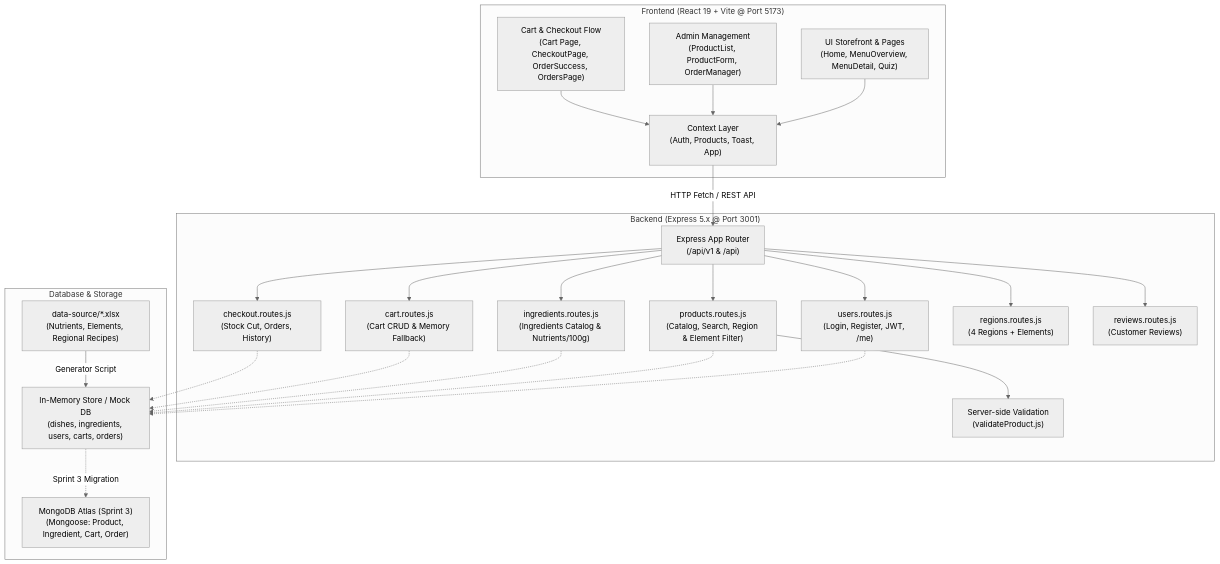
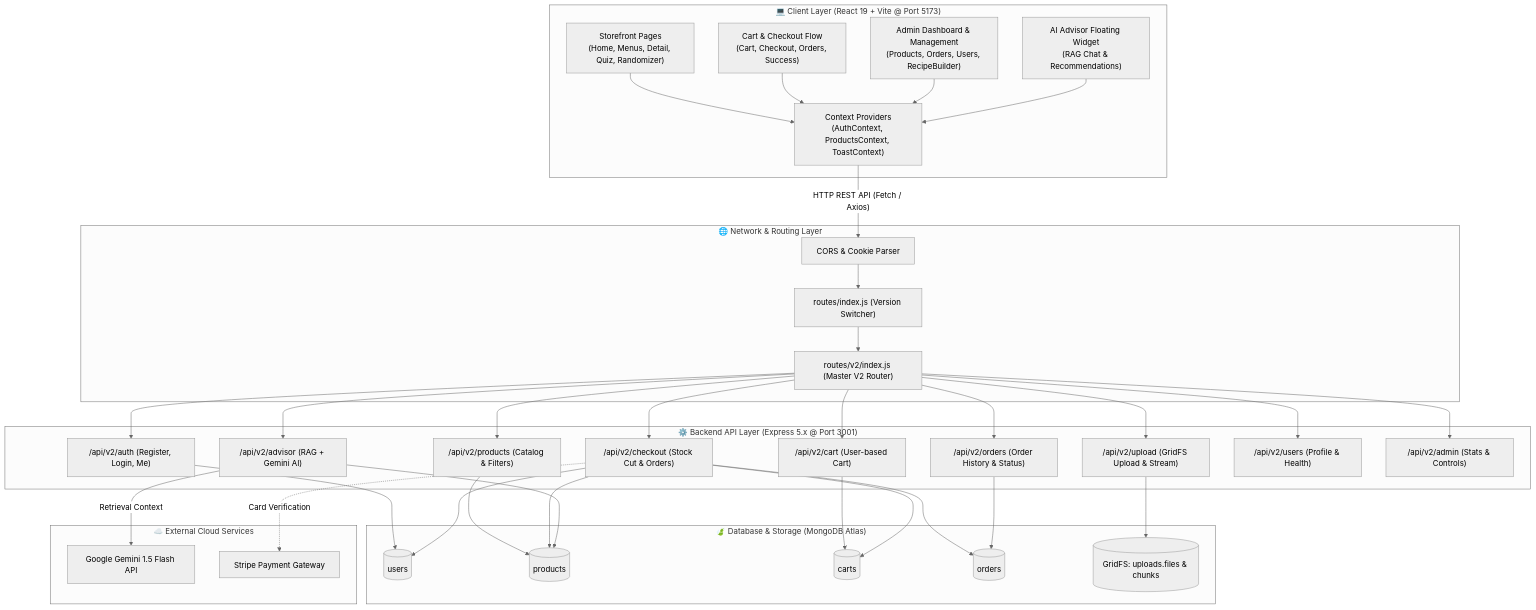
Before and after one commit to DeltaZhou1997/JSD13-That-tae-project: the diagram in README.md, drawn with Mermaid (neutral theme). The commit also changed other lines of this file and 34 other files, not shown here.

````diff
--- a/README.md
+++ b/README.md
@@ -35,50 +67,62 @@
 ```mermaid
 flowchart TB
-    subgraph Client ["Frontend (React 19 + Vite @ Port 5173)"]
-        UI["UI Storefront & Pages\n(Home, MenuOverview, MenuDetail, Quiz)"]
-        Admin["Admin Management\n(ProductList, ProductForm, OrderManager)"]
-        CartCheckout["Cart & Checkout Flow\n(Cart Page, CheckoutPage, OrderSuccess, OrdersPage)"]
-        AuthContext["Context Layer\n(Auth, Products, Toast, App)"]
+    subgraph ClientLayer ["💻 Client Layer (React 19 + Vite @ Port 5173)"]
+        UI["Storefront Pages\n(Home, Menus, Detail, Quiz, Randomizer)"]
+        CartCheckout["Cart & Checkout Flow\n(Cart, Checkout, Orders, Success)"]
+        AdminUI["Admin Dashboard & Management\n(Products, Orders, Users, RecipeBuilder)"]
+        AIWidget["AI Advisor Floating Widget\n(RAG Chat & Recommendations)"]
+        ClientContext["Context Providers\n(AuthContext, ProductsContext, ToastContext)"]
     end
 
-    subgraph Server ["Backend (Express 5.x @ Port 3001)"]
-        API["Express App Router\n(/api/v1 & /api)"]
-        UsersRoute["users.routes.js\n(Login, Register, JWT, /me)"]
-        ProductsRoute["products.routes.js\n(Catalog, Search, Region & Element Filter)"]
-        IngredientsRoute["ingredients.routes.js\n(Ingredients Catalog & Nutrients/100g)"]
-        CartRoute["cart.routes.js\n(Cart CRUD & Memory Fallback)"]
-        CheckoutRoute["checkout.routes.js\n(Stock Cut, Orders, History)"]
-        RegionsRoute["regions.routes.js\n(4 Regions + Elements)"]
-        ReviewsRoute["reviews.routes.js\n(Customer Reviews)"]
-        Validation["Server-side Validation\n(validateProduct.js)"]
+    subgraph NetworkLayer ["🌐 Network & Routing Layer"]
+        CORS["CORS & Cookie Parser"]
+        MainRouter["routes/index.js (Version Switcher)"]
+        V2Router["routes/v2/index.js (Master V2 Router)"]
     end
 
-    subgraph DataStore ["Database & Storage"]
-        MockStore["In-Memory Store / Mock DB\n(dishes, ingredients, users, carts, orders)"]
-        ExcelData["data-source/*.xlsx\n(Nutrients, Elements, Regional Recipes)"]
-        MongoDB["MongoDB Atlas (Sprint 3)\n(Mongoose: Product, Ingredient, Cart, Order)"]
+    subgraph ServerLayer ["⚙️ Backend API Layer (Express 5.x @ Port 3001)"]
+        AuthRoute["/api/v2/auth (Register, Login, Me)"]
+        ProductRoute["/api/v2/products (Catalog & Filters)"]
+        CartRoute["/api/v2/cart (User-based Cart)"]
+        CheckoutRoute["/api/v2/checkout (Stock Cut & Orders)"]
+        OrderRoute["/api/v2/orders (Order History & Status)"]
+        UploadRoute["/api/v2/upload (GridFS Upload & Stream)"]
+        AdvisorRoute["/api/v2/advisor (RAG + Gemini AI)"]
+        UserRoute["/api/v2/users (Profile & Health)"]
+        AdminRoute["/api/v2/admin (Stats & Controls)"]
     end
 
-    UI --> AuthContext
-    Admin --> AuthContext
-    CartCheckout --> AuthContext
+    subgraph DatabaseLayer ["🍃 Database & Storage (MongoDB Atlas)"]
+        MongoUsers[("users")]
+        MongoProducts[("products")]
+        MongoCarts[("carts")]
+        MongoOrders[("orders")]
+        MongoGridFS[("GridFS: uploads.files & chunks")]
+    end
 
-    AuthContext -->|"HTTP Fetch / REST API"| API
-    API --> UsersRoute
-    API --> ProductsRoute
-    API --> IngredientsRoute
-    API --> CartRoute
-    API --> CheckoutRoute
-    API --> RegionsRoute
-    API --> ReviewsRoute
-    ProductsRoute --> Validation
+    subgraph ExternalServices ["☁️ External Cloud Services"]
+        GeminiAPI["Google Gemini 1.5 Flash API"]
+        StripeAPI["Stripe Payment Gateway"]
+    end
 
-    ExcelData -->|"Generator Script"| MockStore
-    UsersRoute -.-> MockStore
-    ProductsRoute -.-> MockStore
-    IngredientsRoute -.-> MockStore
-    CartRoute -.-> MockStore
-    CheckoutRoute -.-> MockStore
+    UI --> ClientContext
+    CartCheckout --> ClientContext
+    AdminUI --> ClientContext
+    AIWidget --> ClientContext
 
-    MockStore -.->|"Sprint 3 Migration"| MongoDB
+    ClientContext -->|"HTTP REST API (Fetch / Axios)"| CORS
+    CORS --> MainRouter
+    MainRouter --> V2Router
+
+    V2Router --> AuthRoute & ProductRoute & CartRoute & CheckoutRoute & OrderRoute & UploadRoute & AdvisorRoute & UserRoute & AdminRoute
+
+    AuthRoute --> MongoUsers
+    ProductRoute --> MongoProducts
+    CartRoute --> MongoCarts
+    CheckoutRoute --> MongoOrders & MongoProducts & MongoUsers & MongoCarts
+    OrderRoute --> MongoOrders
+    UploadRoute --> MongoGridFS
+    AdvisorRoute --> MongoProducts
+    AdvisorRoute -->|"Retrieval Context"| GeminiAPI
+    CheckoutRoute -.->|"Card Verification"| StripeAPI
 ```
````
